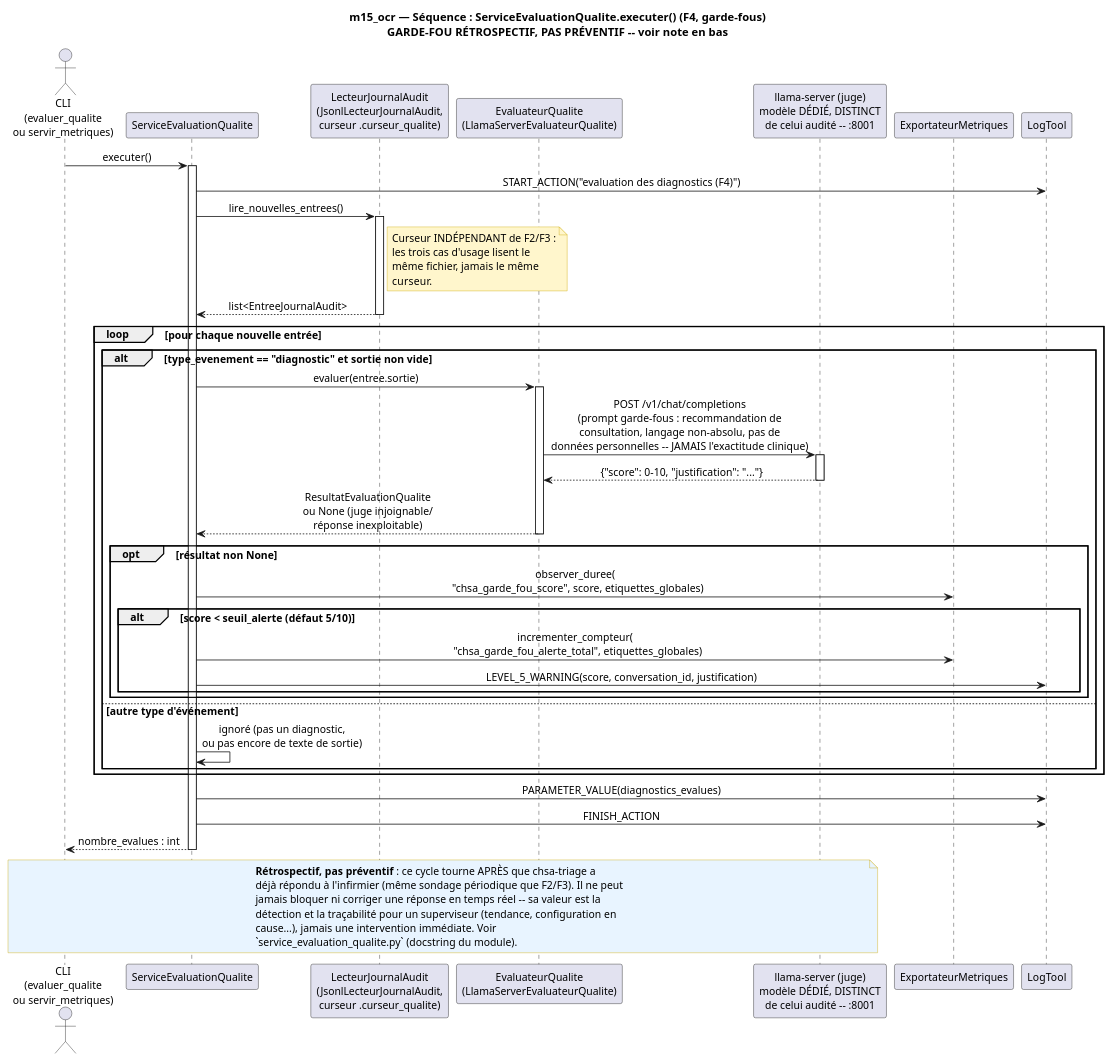
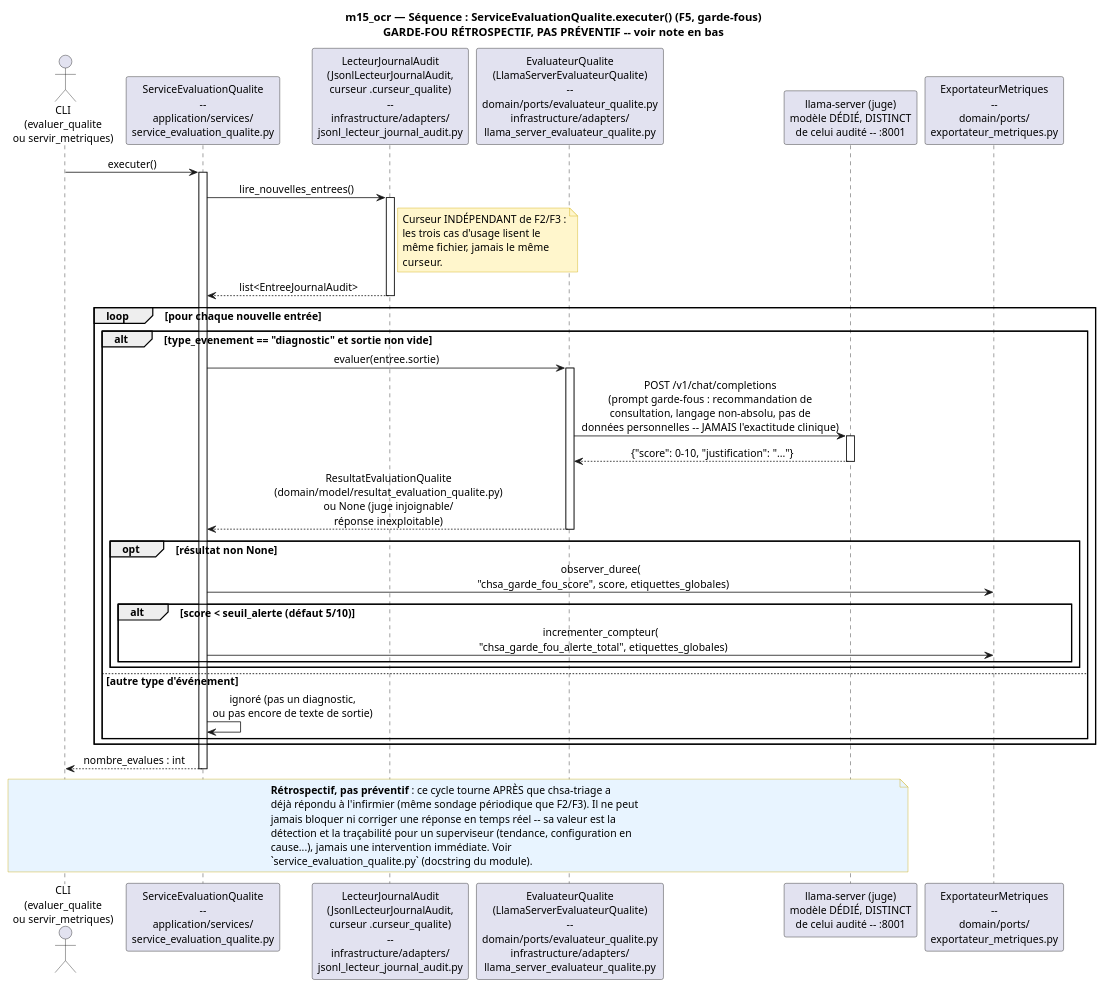
The diagram in docs/diagrams/sequence/sequence_evaluation_qualite.puml (racemartin/m15_ocr), drawn with PlantUML before and after one commit. The commit also changed 32 other files, not shown here.

Commit message:
docs: corriger le decoupage PDF des diagrammes et retirer LogTool

```diff
--- a/docs/diagrams/sequence/sequence_evaluation_qualite.puml
+++ b/docs/diagrams/sequence/sequence_evaluation_qualite.puml
@@ -1,75 +1,68 @@
 @startuml sequence_evaluation_qualite
 skinparam backgroundColor white
 skinparam defaultFontName Helvetica
 skinparam defaultFontSize 13
 skinparam shadowing false
 skinparam sequenceMessageAlign center
 skinparam noteBackgroundColor #FFF6CC
 skinparam noteBorderColor #CCAA00
 
-title m15_ocr — Séquence : ServiceEvaluationQualite.executer() (F4, garde-fous)\nGARDE-FOU RÉTROSPECTIF, PAS PRÉVENTIF -- voir note en bas
+title m15_ocr — Séquence : ServiceEvaluationQualite.executer() (F5, garde-fous)\nGARDE-FOU RÉTROSPECTIF, PAS PRÉVENTIF -- voir note en bas
 
 actor "CLI\n(evaluer_qualite\nou servir_metriques)" as CLI
-participant "ServiceEvaluationQualite" as SERVICE
-participant "LecteurJournalAudit\n(JsonlLecteurJournalAudit,\ncurseur .curseur_qualite)" as LECTEUR
-participant "EvaluateurQualite\n(LlamaServerEvaluateurQualite)" as EVALUATEUR
+participant "ServiceEvaluationQualite\n--\napplication/services/\nservice_evaluation_qualite.py" as SERVICE
+participant "LecteurJournalAudit\n(JsonlLecteurJournalAudit,\ncurseur .curseur_qualite)\n--\ninfrastructure/adapters/\njsonl_lecteur_journal_audit.py" as LECTEUR
+participant "EvaluateurQualite\n(LlamaServerEvaluateurQualite)\n--\ndomain/ports/evaluateur_qualite.py\ninfrastructure/adapters/\nllama_server_evaluateur_qualite.py" as EVALUATEUR
 participant "llama-server (juge)\nmodèle DÉDIÉ, DISTINCT\nde celui audité -- :8001" as JUGE
-participant "ExportateurMetriques" as METRIQUES
-participant "LogTool" as LOG
+participant "ExportateurMetriques\n--\ndomain/ports/\nexportateur_metriques.py" as METRIQUES
 
 CLI -> SERVICE : executer()
 activate SERVICE
-
-SERVICE -> LOG : START_ACTION("evaluation des diagnostics (F4)")
 
 SERVICE -> LECTEUR : lire_nouvelles_entrees()
 activate LECTEUR
 note right of LECTEUR
   Curseur INDÉPENDANT de F2/F3 :
   les trois cas d'usage lisent le
   même fichier, jamais le même
   curseur.
 end note
 LECTEUR --> SERVICE : list<EntreeJournalAudit>
 deactivate LECTEUR
 
 loop pour chaque nouvelle entrée
   alt type_evenement == "diagnostic" et sortie non vide
     SERVICE -> EVALUATEUR : evaluer(entree.sortie)
     activate EVALUATEUR
     EVALUATEUR -> JUGE : POST /v1/chat/completions\n(prompt garde-fous : recommandation de\nconsultation, langage non-absolu, pas de\ndonnées personnelles -- JAMAIS l'exactitude clinique)
     activate JUGE
     JUGE --> EVALUATEUR : {"score": 0-10, "justification": "..."}
     deactivate JUGE
-    EVALUATEUR --> SERVICE : ResultatEvaluationQualite\nou None (juge injoignable/\nréponse inexploitable)
+    EVALUATEUR --> SERVICE : ResultatEvaluationQualite\n(domain/model/resultat_evaluation_qualite.py)\nou None (juge injoignable/\nréponse inexploitable)
     deactivate EVALUATEUR
 
     opt résultat non None
       SERVICE -> METRIQUES : observer_duree(\n  "chsa_garde_fou_score", score, etiquettes_globales)
 
       alt score < seuil_alerte (défaut 5/10)
         SERVICE -> METRIQUES : incrementer_compteur(\n  "chsa_garde_fou_alerte_total", etiquettes_globales)
-        SERVICE -> LOG : LEVEL_5_WARNING(score, conversation_id, justification)
       end
     end
   else autre type d'événement
     SERVICE -> SERVICE : ignoré (pas un diagnostic,\nou pas encore de texte de sortie)
   end
 end
-
-SERVICE -> LOG : PARAMETER_VALUE(diagnostics_evalues)
-SERVICE -> LOG : FINISH_ACTION
 
 SERVICE --> CLI : nombre_evalues : int
 deactivate SERVICE
 
 note over CLI, JUGE #E8F4FF
   **Rétrospectif, pas préventif** : ce cycle tourne APRÈS que chsa-triage a
   déjà répondu à l'infirmier (même sondage périodique que F2/F3). Il ne peut
   jamais bloquer ni corriger une réponse en temps réel -- sa valeur est la
   détection et la traçabilité pour un superviseur (tendance, configuration en
   cause...), jamais une intervention immédiate. Voir
   `service_evaluation_qualite.py` (docstring du module).
 end note
 
 @enduml
```
